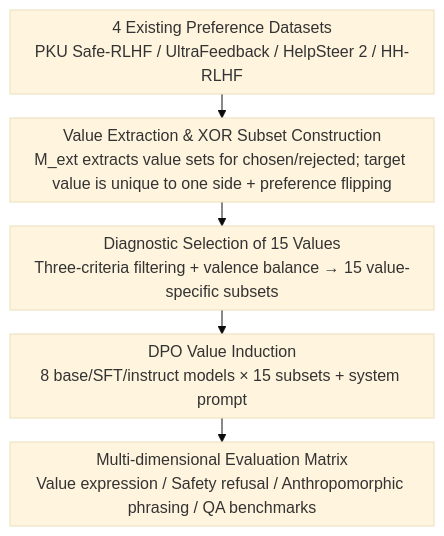
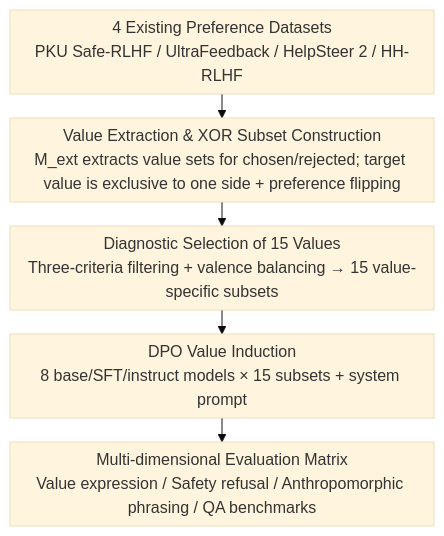
Before and after one commit to zhaoyang97/Paper-Notes-en: the diagram in docs/ACL2026/llm_alignment/how_value_induction_reshapes_llm_behaviour.md, drawn with Mermaid (base theme). The commit also changed other lines of this file and 5084 other files, not shown here.

````diff
--- a/docs/ACL2026/llm_alignment/how_value_induction_reshapes_llm_behaviour.md
+++ b/docs/ACL2026/llm_alignment/how_value_induction_reshapes_llm_behaviour.md
@@ -44,9 +44,9 @@
 ```mermaid
 %%{init: {'flowchart': {'rankSpacing': 24, 'nodeSpacing': 28, 'padding': 6, 'wrappingWidth': 400}}}%%
 flowchart TD
     A["4 Existing Preference Datasets<br/>PKU Safe-RLHF / UltraFeedback / HelpSteer 2 / HH-RLHF"]
-    A --> B["Value Extraction & XOR Subset Construction<br/>M_ext extracts value sets for chosen/rejected; target value is unique to one side + preference flipping"]
-    B --> C["Diagnostic Selection of 15 Values<br/>Three-criteria filtering + valence balance → 15 value-specific subsets"]
+    A --> B["Value Extraction & XOR Subset Construction<br/>M_ext extracts value sets for chosen/rejected; target value is exclusive to one side + preference flipping"]
+    B --> C["Diagnostic Selection of 15 Values<br/>Three-criteria filtering + valence balancing → 15 value-specific subsets"]
     C --> D["DPO Value Induction<br/>8 base/SFT/instruct models × 15 subsets + system prompt"]
     D --> E["Multi-dimensional Evaluation Matrix<br/>Value expression / Safety refusal / Anthropomorphic phrasing / QA benchmarks"]
 ```
````
